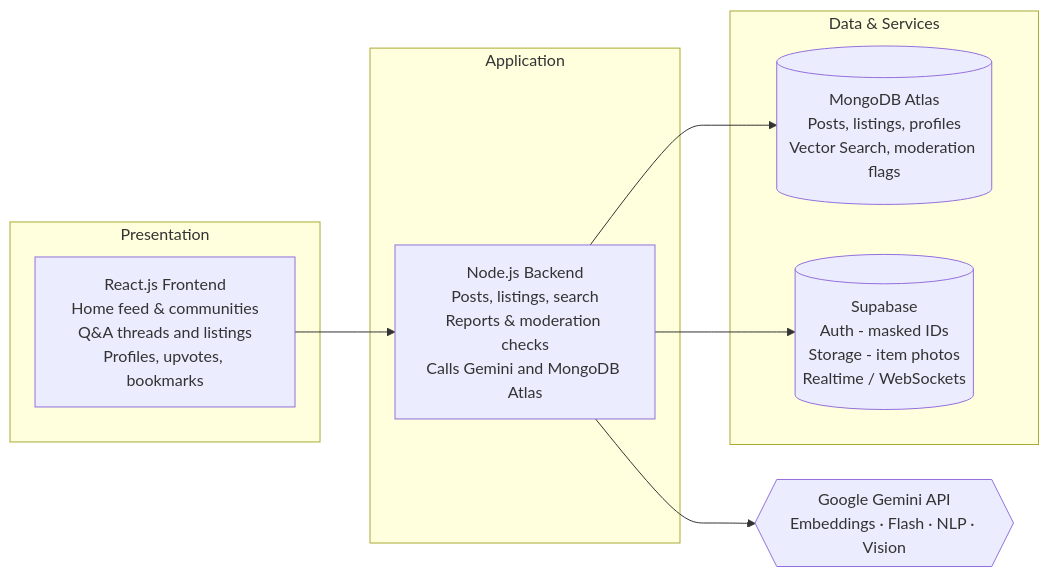
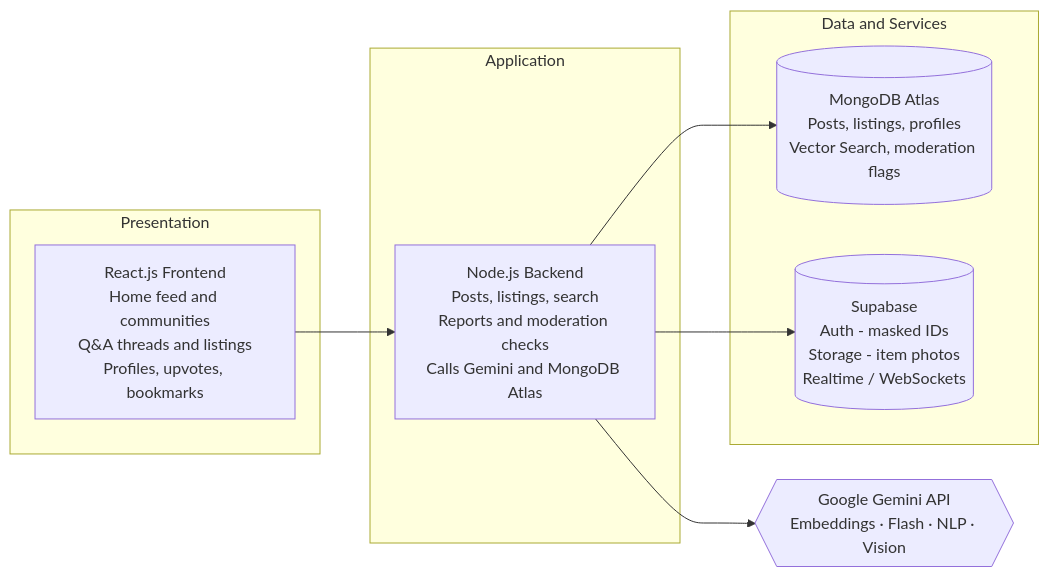
Before and after one commit to CMPN-CODECELL/Syrus7_ByteForce: the diagram in README.md, drawn with Mermaid. The commit also changed other lines of this file, not shown here.

````diff
--- a/README.md
+++ b/README.md
@@ -137,19 +133,19 @@
 ```mermaid
 flowchart LR
     subgraph P[Presentation]
-        A["React.js Frontend<br/>Home feed & communities<br/>Q&A threads and listings<br/>Profiles, upvotes, bookmarks"]
+        A["React.js Frontend<br/>Home feed and communities<br/>Q&A threads and listings<br/>Profiles, upvotes, bookmarks"]
     end
     subgraph B[Application]
-        N["Node.js Backend<br/>Posts, listings, search<br/>Reports & moderation checks<br/>Calls Gemini and MongoDB Atlas"]
+        N["Node.js Backend<br/>Posts, listings, search<br/>Reports and moderation checks<br/>Calls Gemini and MongoDB Atlas"]
     end
-    subgraph D[Data & Services]
+    subgraph D[Data and Services]
         M[("MongoDB Atlas<br/>Posts, listings, profiles<br/>Vector Search, moderation flags")]
         S[("Supabase<br/>Auth - masked IDs<br/>Storage - item photos<br/>Realtime / WebSockets")]
     end
     G{{"Google Gemini API<br/>Embeddings · Flash · NLP · Vision"}}
 
     A --> N
     N --> M
     N --> S
     N --> G
 ```
````
